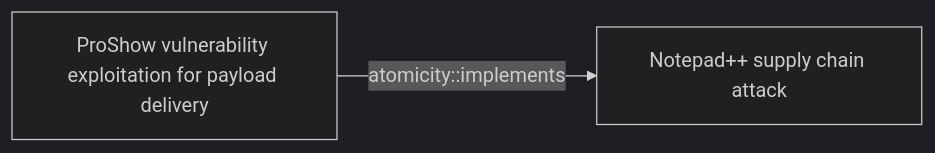
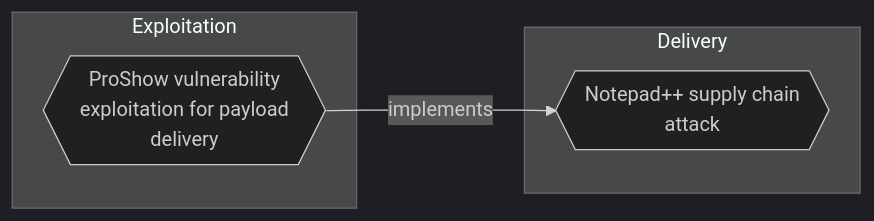
Before and after one commit to opentidehq/library: the first of 2 diagrams in docs/threats/proshow-vulnerability-exploitation-for-payload-delivery.md, drawn with Mermaid (dark theme). The commit also changed other lines of this file and 540 other files, not shown here.

````diff
--- a/docs/threats/proshow-vulnerability-exploitation-for-payload-delivery.md
+++ b/docs/threats/proshow-vulnerability-exploitation-for-payload-delivery.md
@@ -346,6 +349,10 @@
 ```mermaid
 flowchart LR
-23d06aa7_f6d5_44ee_be8f_e6de2f495bd9["ProShow vulnerability exploitation for payload delivery"]
-8b7cae6f_b6cf_4414_9cdc_fe8c8ee7ee22["Notepad++ supply chain attack"]
-23d06aa7_f6d5_44ee_be8f_e6de2f495bd9 -->|atomicity::implements| 8b7cae6f_b6cf_4414_9cdc_fe8c8ee7ee22
+subgraph "Exploitation"
+23d06aa7_f6d5_44ee_be8f_e6de2f495bd9{{"ProShow vulnerability<br>exploitation for payload<br>delivery"}}
+end
+subgraph "Delivery"
+8b7cae6f_b6cf_4414_9cdc_fe8c8ee7ee22{{"Notepad++ supply chain<br>attack"}}
+end
+23d06aa7_f6d5_44ee_be8f_e6de2f495bd9 -->|implements| 8b7cae6f_b6cf_4414_9cdc_fe8c8ee7ee22
 ```
````
